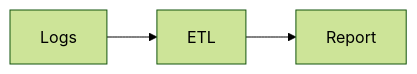
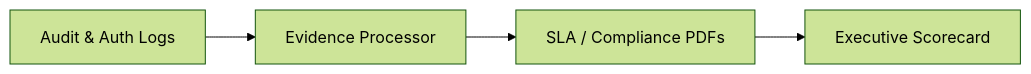
One commit to Devopstrio/identity-landingzone changed the tenth of 30 diagrams in README.md. Above: the diagram before and after it, drawn with Mermaid (forest theme). The commit also changed other lines of this file, not shown here.

Commit message:
docs: finalize premium institutional-grade README with 30+ diagrams and executive summary

````diff
--- a/README.md
+++ b/README.md
@@ -96,4 +198,6 @@
 ```mermaid
 graph LR
-    Logs --> ETL --> Report
+    Logs[Audit & Auth Logs] --> ETL[Evidence Processor]
+    ETL --> Reports[SLA / Compliance PDFs]
+    Reports --> Dashboard[Executive Scorecard]
 ```
````
